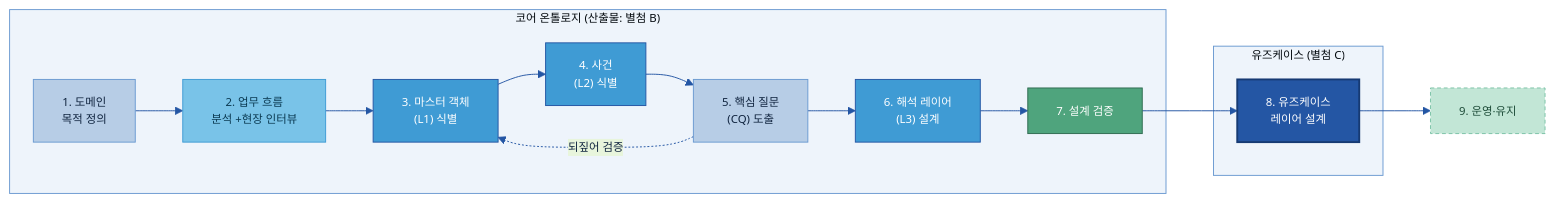
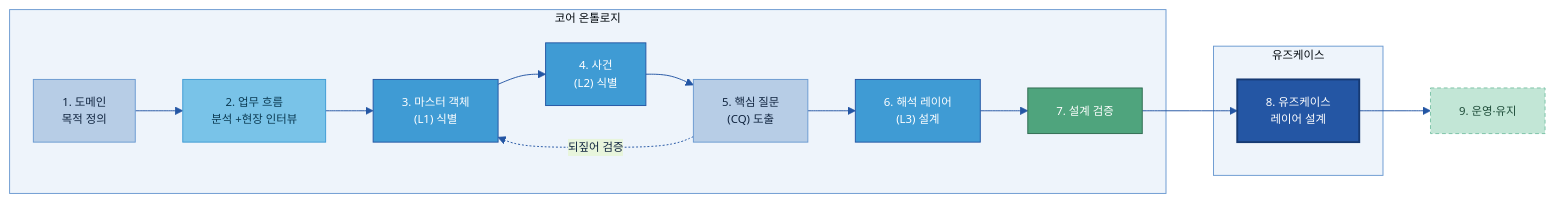
Before and after one commit to jin-kearney/ai-ready-data-manual: the sixth of 8 diagrams in 가이드 작성/B-3 온톨로지/B-3 온톨로지.md, drawn with Mermaid. The commit also changed other lines of this file and 6 other files, not shown here.

````diff
--- a/가이드 작성/B-3 온톨로지/B-3 온톨로지.md
+++ b/가이드 작성/B-3 온톨로지/B-3 온톨로지.md
@@ -416,25 +416,25 @@
 ```mermaid
 %%{init: {'theme':'base','themeVariables':{'primaryColor':'#DCE8F5','primaryBorderColor':'#2456A4','primaryTextColor':'#10243f','lineColor':'#2456A4','clusterBkg':'#EEF4FB','clusterBorder':'#6B9AD1','fontSize':'12px'}}}%%
 flowchart LR
-    subgraph CORE["코어 온톨로지 (산출물: 별첨 B)"]
+    subgraph CORE["코어 온톨로지"]
         S1["1. 도메인\n목적 정의"]:::n
         S2["2. 업무 흐름\n분석 +현장 인터뷰"]:::src
         S3["3. 마스터 객체\n(L1) 식별"]:::gate
         S4["4. 사건\n(L2) 식별"]:::gate
         S5["5. 핵심 질문\n(CQ) 도출"]:::n
         S6["6. 해석 레이어\n(L3) 설계"]:::gate
         S7["7. 설계 검증"]:::loop
     end
-    subgraph UC["유즈케이스 (별첨 C)"]
+    subgraph UC["유즈케이스"]
         S8["8. 유즈케이스\n레이어 설계"]:::cat
     end
     S9["9. 운영·유지"]:::cross
     S1 --> S2 --> S3 --> S4 --> S5 --> S6 --> S7 --> S8 --> S9
     S5 -.->|"되짚어 검증"| S3
     classDef n fill:#B7CDE6,stroke:#6B9AD1,color:#10243f;
     classDef src fill:#79C3E8,stroke:#3F9BD4,color:#0b3a52;
     classDef gate fill:#3F9BD4,stroke:#2456A4,color:#fff;
     classDef cat fill:#2456A4,color:#fff,stroke:#163a73,stroke-width:2px;
     classDef loop fill:#4FA47D,stroke:#2f6b50,color:#fff;
     classDef cross fill:#C2E6D6,stroke:#7CC2A7,color:#1f4d3a,stroke-dasharray:4 3;
 ```
````
